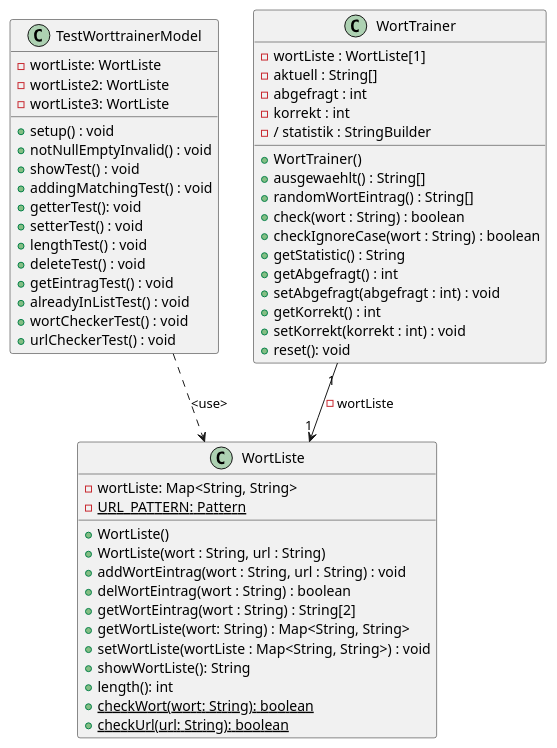
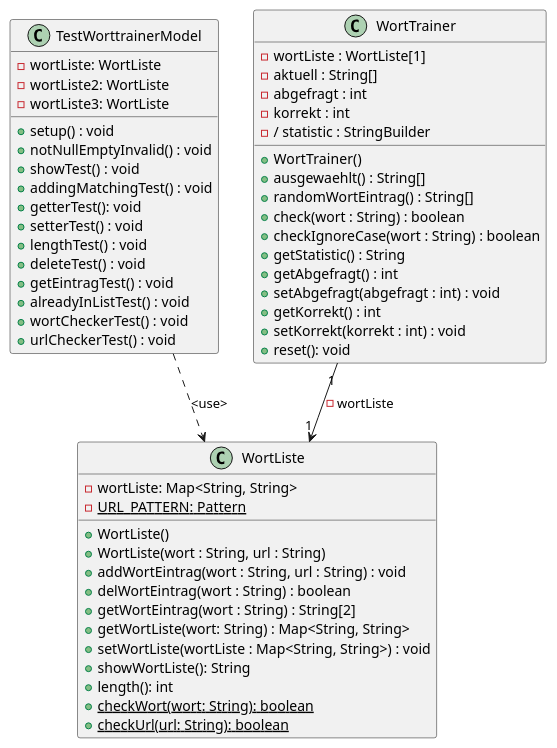
One commit to TGM-HIT/sew9-2425-worttrainer-Batscho changed the diagram in src/main/resources/Worttrainer Reloaded.puml. Above: the diagram before and after it, drawn with PlantUML. The commit also changed 1 other file, not shown here.

```diff
--- a/src/main/resources/Worttrainer Reloaded.puml
+++ b/src/main/resources/Worttrainer Reloaded.puml
@@ -1,60 +1,60 @@
 @startuml
 'https://plantuml.com/class-diagram
 
 TestWorttrainerModel ..> WortListe : <use>
 WortTrainer "1" --> "1" WortListe : - wortListe
 
 class WortListe {
 - wortListe: Map<String, String>
 - {static} URL_PATTERN: Pattern
 + WortListe()
 + WortListe(wort : String, url : String)
 + addWortEintrag(wort : String, url : String) : void
 + delWortEintrag(wort : String) : boolean
 + getWortEintrag(wort : String) : String[2]
 + getWortListe(wort: String) : Map<String, String>
 + setWortListe(wortListe : Map<String, String>) : void
 + showWortListe(): String
 + length(): int
 + {static} checkWort(wort: String): boolean
 + {static} checkUrl(url: String): boolean
 }
 
 class TestWorttrainerModel {
 - wortListe: WortListe
 - wortListe2: WortListe
 - wortListe3: WortListe
 + setup() : void
 + notNullEmptyInvalid() : void
 + showTest() : void
 + addingMatchingTest() : void
 + getterTest(): void
 + setterTest() : void
 + lengthTest() : void
 + deleteTest() : void
 + getEintragTest() : void
 + alreadyInListTest() : void
 + wortCheckerTest() : void
 + urlCheckerTest() : void
 }
 
 class WortTrainer {
 - wortListe : WortListe[1]
 - aktuell : String[]
 - abgefragt : int
 - korrekt : int
-- / statistik : StringBuilder
+- / statistic : StringBuilder
 + WortTrainer()
 + ausgewaehlt() : String[]
 + randomWortEintrag() : String[]
 + check(wort : String) : boolean
 + checkIgnoreCase(wort : String) : boolean
 + getStatistic() : String
 + getAbgefragt() : int
 + setAbgefragt(abgefragt : int) : void
 + getKorrekt() : int
 + setKorrekt(korrekt : int) : void
 + reset(): void
 }
 
 @enduml
```
